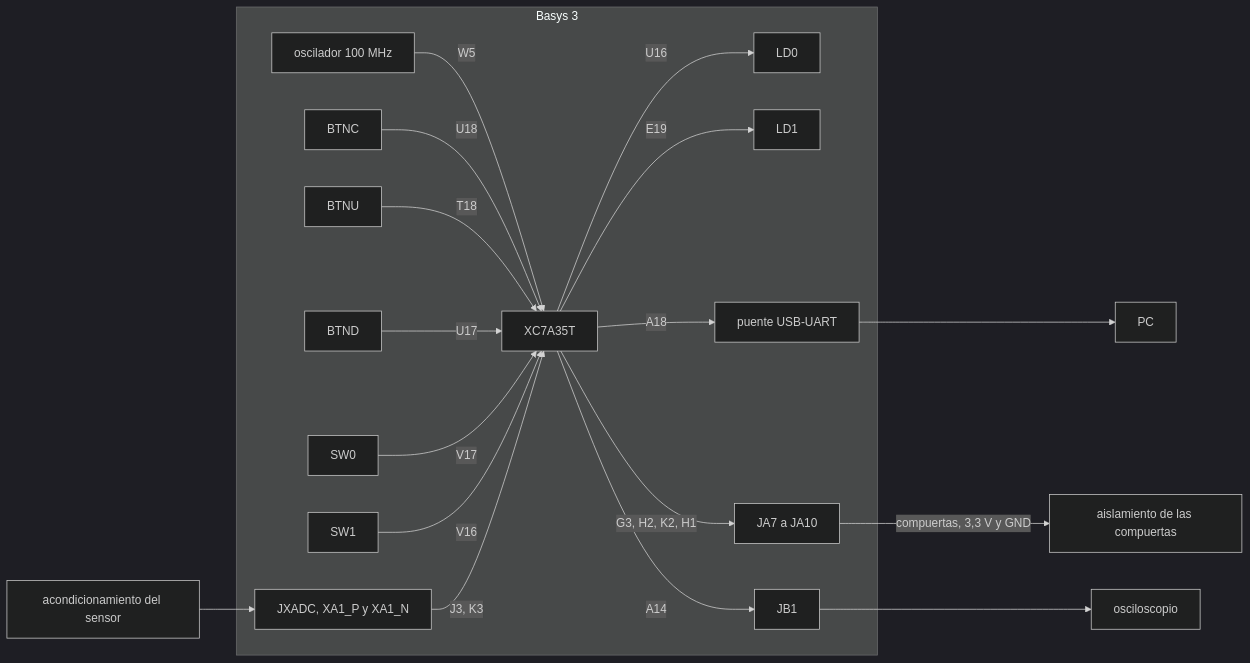
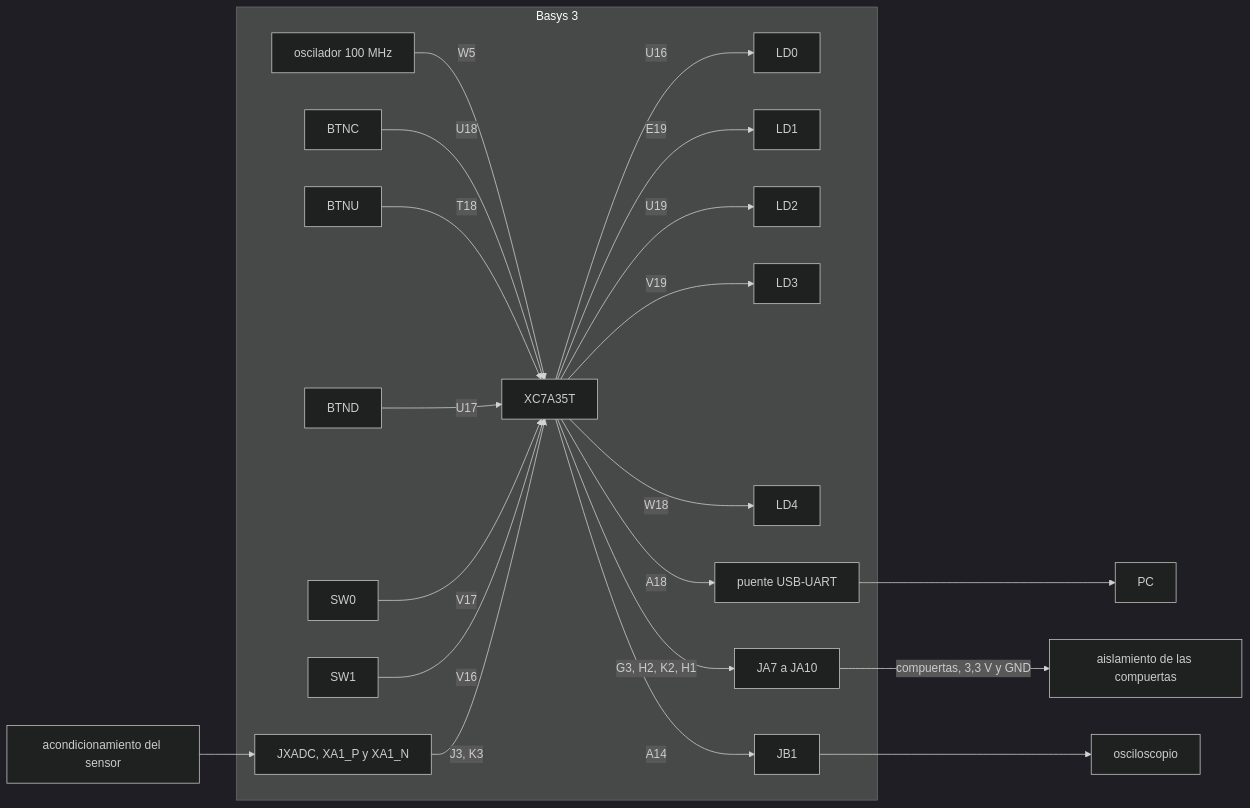
Before and after one commit to Taller-de-diseno-digital-GR01/Proyecto-4-Regulador-PR: the eighth of 35 diagrams in docs/diseño.md, drawn with Mermaid (dark theme). The commit also changed other lines of this file and 2 other files, not shown here.

````diff
--- a/docs/diseño.md
+++ b/docs/diseño.md
@@ -915,21 +918,24 @@
 ```mermaid
 flowchart LR
     subgraph PLACA["Basys 3"]
         OSC["oscilador 100 MHz"] -->|"W5"| FPGA["XC7A35T"]
         BC["BTNC"] -->|"U18"| FPGA
         BU["BTNU"] -->|"T18"| FPGA
         BD["BTND"] -->|"U17"| FPGA
         S0["SW0"] -->|"V17"| FPGA
         S1["SW1"] -->|"V16"| FPGA
         FPGA -->|"U16"| L0["LD0"]
         FPGA -->|"E19"| L1["LD1"]
+        FPGA -->|"U19"| L2["LD2"]
+        FPGA -->|"V19"| L3["LD3"]
+        FPGA -->|"W18"| L4["LD4"]
         FPGA -->|"A18"| USB["puente USB-UART"]
         FPGA -->|"G3, H2, K2, H1"| JA["JA7 a JA10"]
         FPGA -->|"A14"| JB["JB1"]
         JX["JXADC, XA1_P y XA1_N"] -->|"J3, K3"| FPGA
     end
     JA -->|"compuertas, 3,3 V y GND"| AIS["aislamiento de las compuertas"]
     JB --> OSCI["osciloscopio"]
     SEN["acondicionamiento del sensor"] --> JX
     USB --> PC["PC"]
 ```
````
